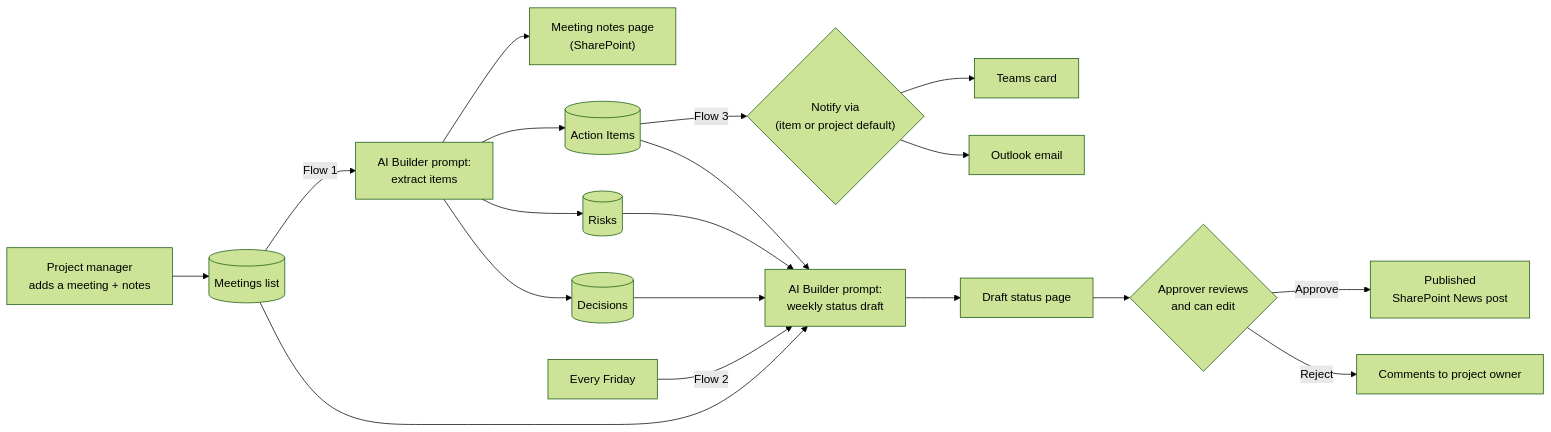
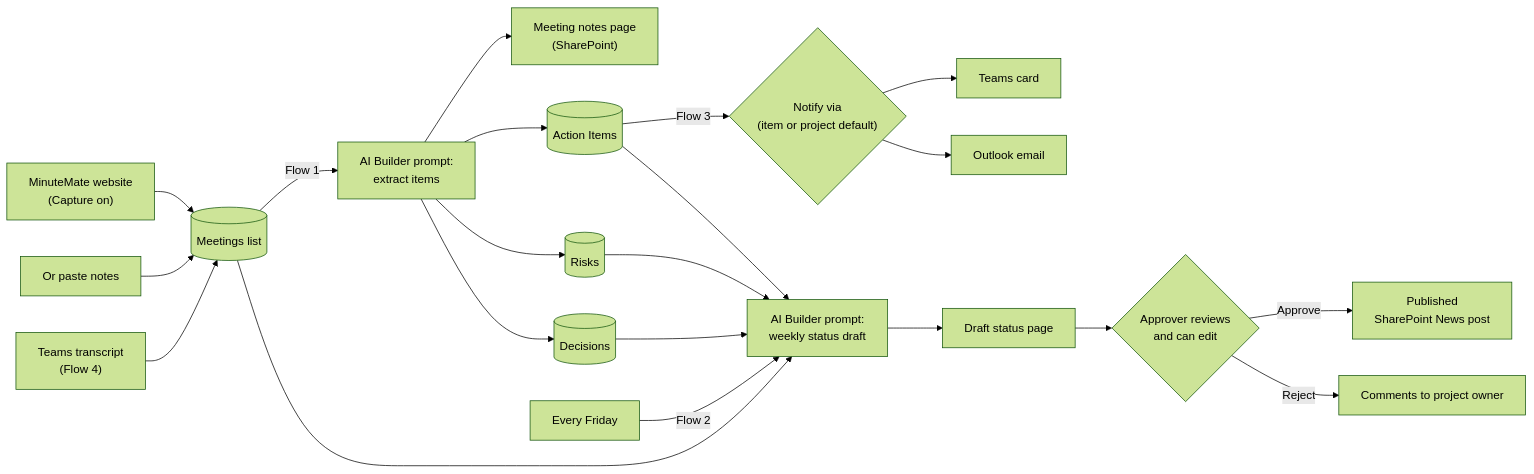
The diagram in docs/architecture.md (mayast/MinuteMate), drawn with Mermaid (forest theme) before and after one commit. The commit also changed other lines of this file and 11 other files, not shown here.

First line of the commit message:
Add MinuteMate website (GitHub Pages) and Teams transcript capture flow

````diff
--- a/docs/architecture.md
+++ b/docs/architecture.md
@@ -6,21 +6,23 @@
 ```mermaid
 flowchart LR
-    PM["Project manager<br/>adds a meeting + notes"] --> M[("Meetings list")]
+    W["MinuteMate website<br/>(Capture on)"] --> M[("Meetings list")]
+    PM["Or paste notes"] --> M
+    TR["Teams transcript<br/>(Flow 4)"] --> M
     M -->|Flow 1| AI1["AI Builder prompt:<br/>extract items"]
     AI1 --> NP["Meeting notes page<br/>(SharePoint)"]
     AI1 --> A[("Action Items")]
     AI1 --> R[("Risks")]
     AI1 --> D[("Decisions")]
     A -->|Flow 3| N{"Notify via<br/>(item or project default)"}
     N --> T["Teams card"]
     N --> O["Outlook email"]
     S["Every Friday"] -->|Flow 2| AI2["AI Builder prompt:<br/>weekly status draft"]
     M --> AI2
     A --> AI2
     R --> AI2
     D --> AI2
     AI2 --> DP["Draft status page"]
     DP --> AP{"Approver reviews<br/>and can edit"}
     AP -->|Approve| NEWS["Published<br/>SharePoint News post"]
     AP -->|Reject| BACK["Comments to project owner"]
 ```
````
